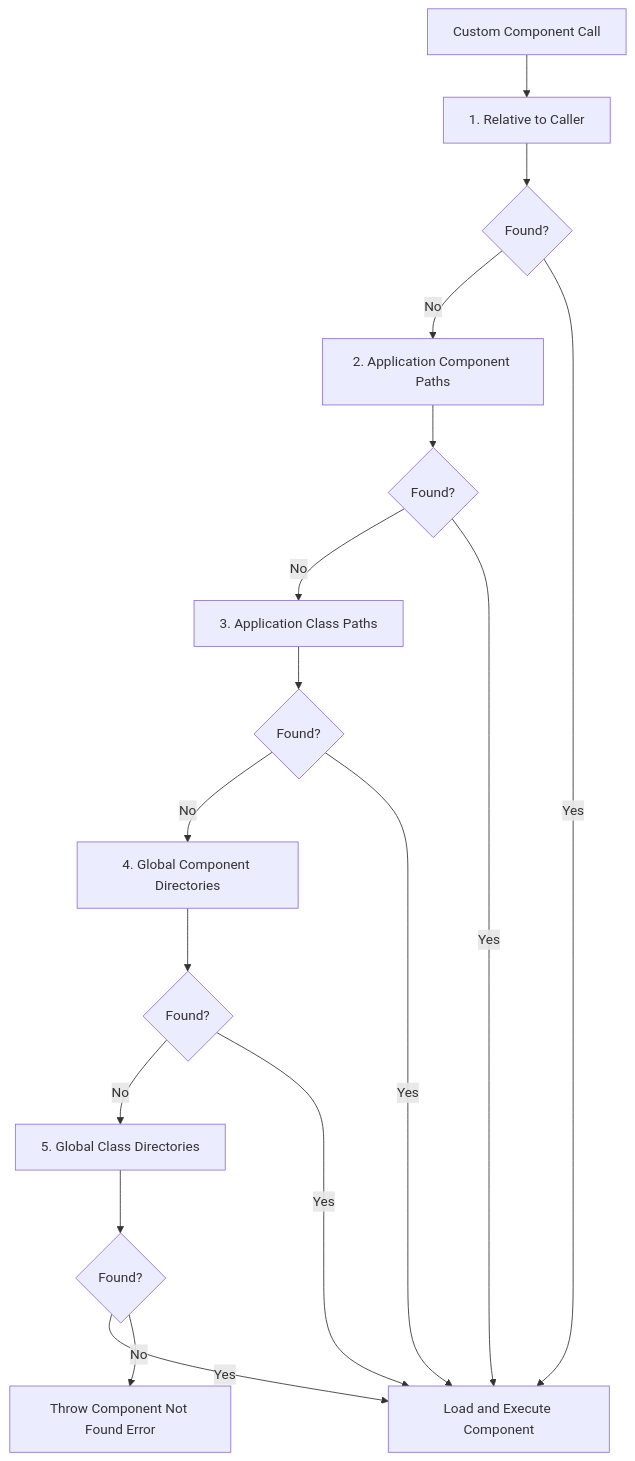
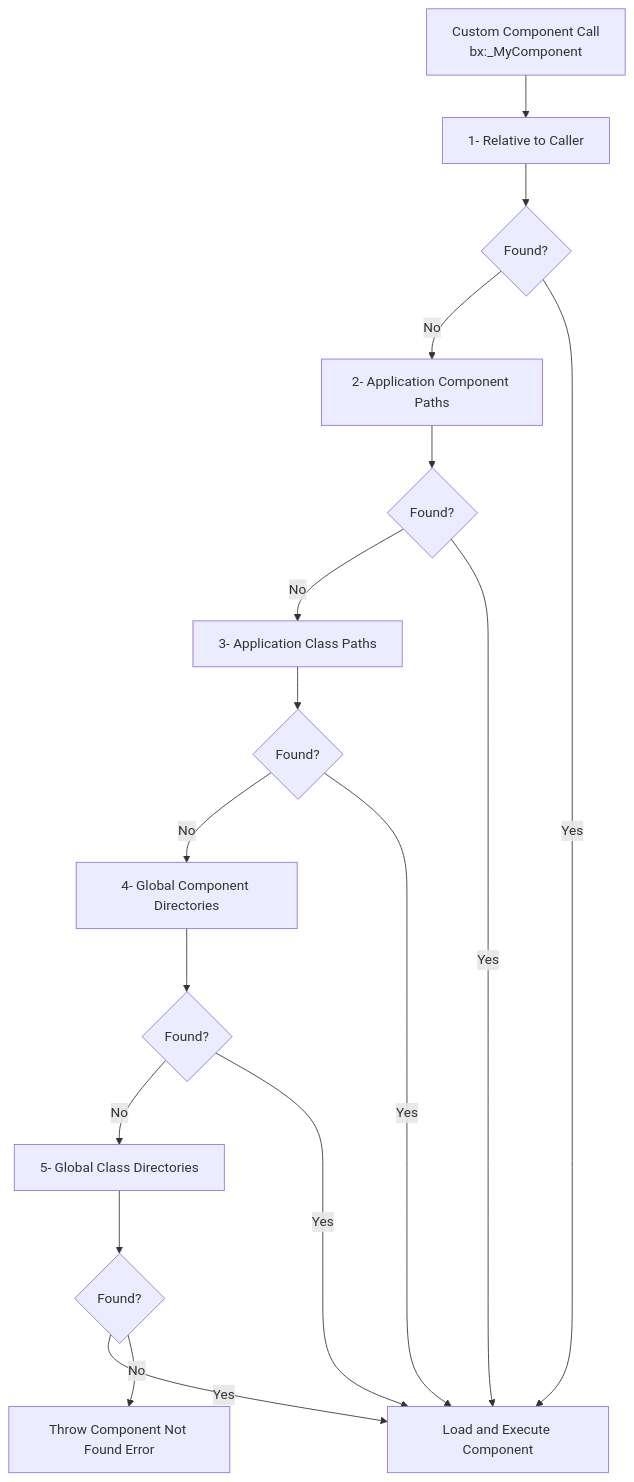
Before and after one commit to ortus-boxlang/boxlang-docs: the second of 3 diagrams in boxlang-framework/components.md, drawn with Mermaid.

Commit message:
fixed mermaid.

````diff
--- a/boxlang-framework/components.md
+++ b/boxlang-framework/components.md
@@ -353,19 +353,19 @@
 ```mermaid
 graph TD
-    A[Custom Component Call] --> B[1. Relative to Caller]
+    A[Custom Component Call <br> bx:_MyComponent] --> B[1- Relative to Caller]
     B --> C{Found?}
-    C -->|No| D[2. Application Component Paths]
+    C -->|No| D[2- Application Component Paths]
     D --> E{Found?}
-    E -->|No| F[3. Application Class Paths]
+    E -->|No| F[3- Application Class Paths]
     F --> G{Found?}
-    G -->|No| H[4. Global Component Directories]
+    G -->|No| H[4- Global Component Directories]
     H --> I{Found?}
-    I -->|No| J[5. Global Class Directories]
+    I -->|No| J[5- Global Class Directories]
     J --> K{Found?}
     K -->|Yes| L[Load and Execute Component]
     K -->|No| M[Throw Component Not Found Error]
     C -->|Yes| L
     E -->|Yes| L
     G -->|Yes| L
     I -->|Yes| L
 ```
````
